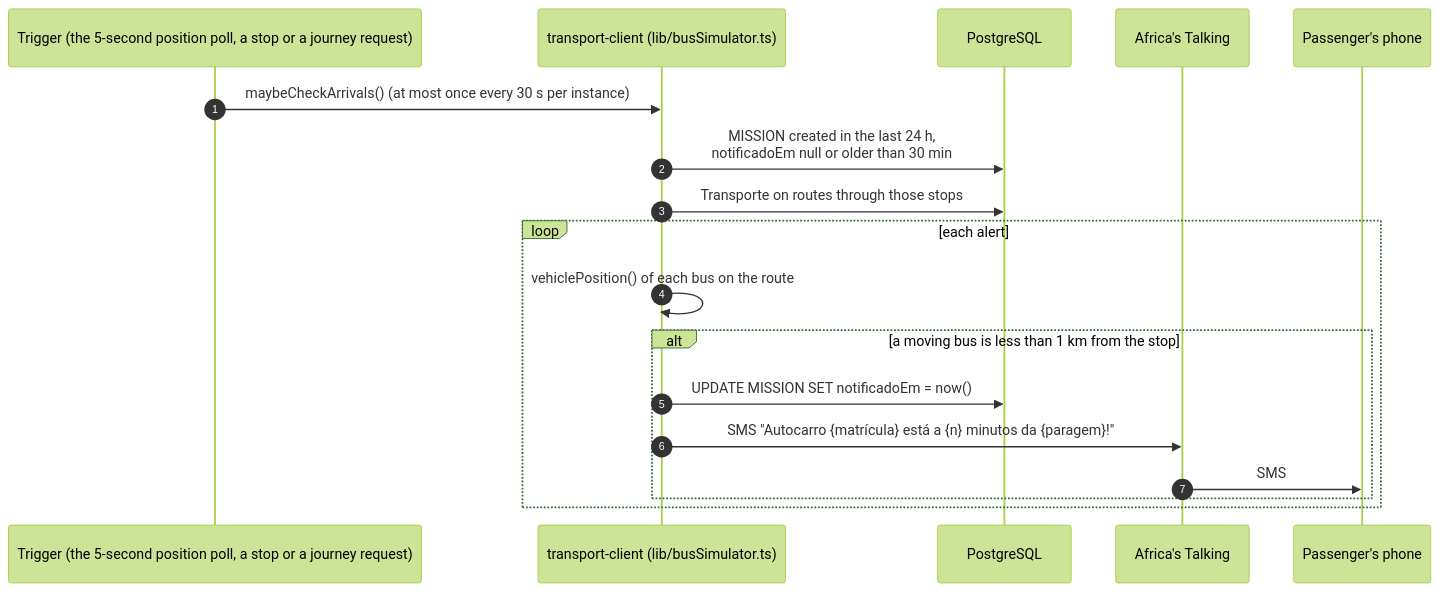
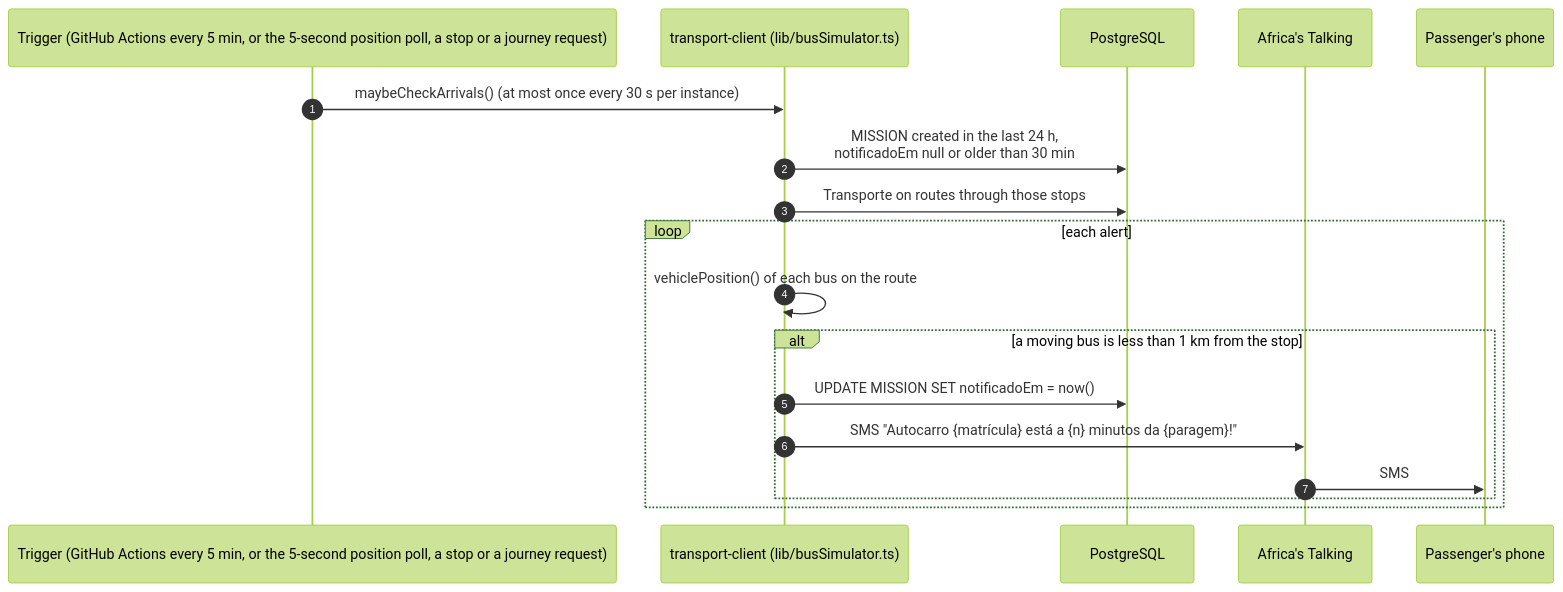
Before and after one commit to transportmozambique/Transport-Mozambique: the fourth of 8 diagrams in docs/data-flow.md, drawn with Mermaid (forest theme). The commit also changed other lines of this file and 68 other files, not shown here.

````diff
--- a/docs/data-flow.md
+++ b/docs/data-flow.md
@@ -125,20 +125,20 @@
 ```mermaid
 sequenceDiagram
   autonumber
-  participant T as Trigger (the 5-second position poll, a stop or a journey request)
+  participant T as Trigger (GitHub Actions every 5 min, or the 5-second position poll, a stop or a journey request)
   participant C as transport-client (lib/busSimulator.ts)
   participant DB as PostgreSQL
   participant AT as Africa's Talking
   participant P as Passenger's phone
   T->>C: maybeCheckArrivals() (at most once every 30 s per instance)
   C->>DB: MISSION created in the last 24 h,<br/>notificadoEm null or older than 30 min
   C->>DB: Transporte on routes through those stops
   loop each alert
     C->>C: vehiclePosition() of each bus on the route
     alt a moving bus is less than 1 km from the stop
       C->>DB: UPDATE MISSION SET notificadoEm = now()
       C->>AT: SMS "Autocarro {matrícula} está a {n} minutos da {paragem}!"
       AT->>P: SMS
     end
   end
 ```
````
